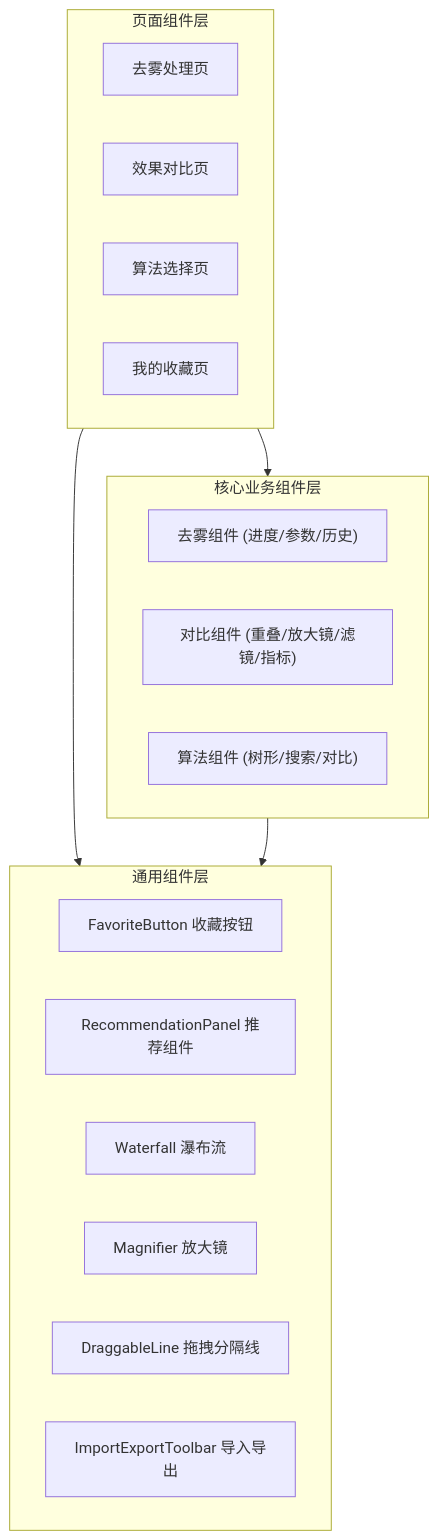
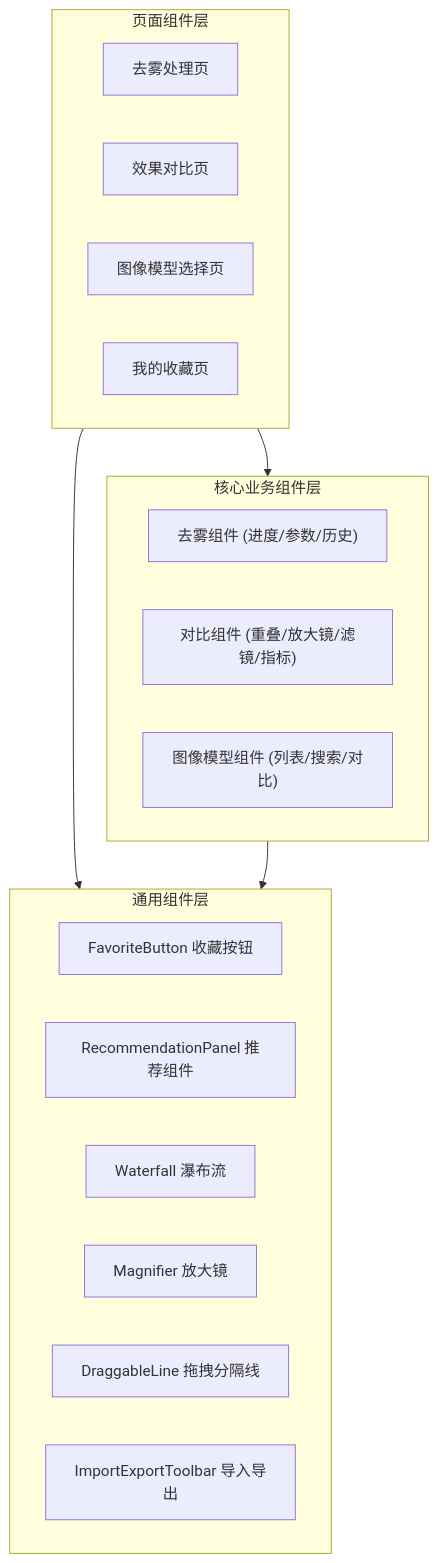
The second of 2 diagrams in dehaze-doc/docs/04-项目实现/前端/01-Vue架构文档.md (earthy-zinc/dehaze-system), drawn with Mermaid before and after one commit. The commit also changed other lines of this file and 239 other files, not shown here.

````diff
--- a/dehaze-doc/docs/04-项目实现/前端/01-Vue架构文档.md
+++ b/dehaze-doc/docs/04-项目实现/前端/01-Vue架构文档.md
@@ -101,28 +101,28 @@
 ```mermaid
 flowchart TB
     subgraph PageLayer["页面组件层"]
         DehazePage["去雾处理页"]
         ComparePage["效果对比页"]
-        AlgoSelectPage["算法选择页"]
+        AlgoSelectPage["图像模型选择页"]
         FavoritesPage["我的收藏页"]
     end
 
     subgraph CoreBiz["核心业务组件层"]
         DehazeComp["去雾组件 (进度/参数/历史)"]
         CompareComp["对比组件 (重叠/放大镜/滤镜/指标)"]
-        AlgoComp["算法组件 (树形/搜索/对比)"]
+        AlgoComp["图像模型组件 (列表/搜索/对比)"]
     end
 
     subgraph Common["通用组件层"]
         FavoriteBtn["FavoriteButton 收藏按钮"]
         RecommendPanel["RecommendationPanel 推荐组件"]
         Waterfall["Waterfall 瀑布流"]
         Magnifier["Magnifier 放大镜"]
         DraggableLine["DraggableLine 拖拽分隔线"]
         ImportExport["ImportExportToolbar 导入导出"]
     end
 
     PageLayer --> CoreBiz
     PageLayer --> Common
     CoreBiz --> Common
 ```
````
